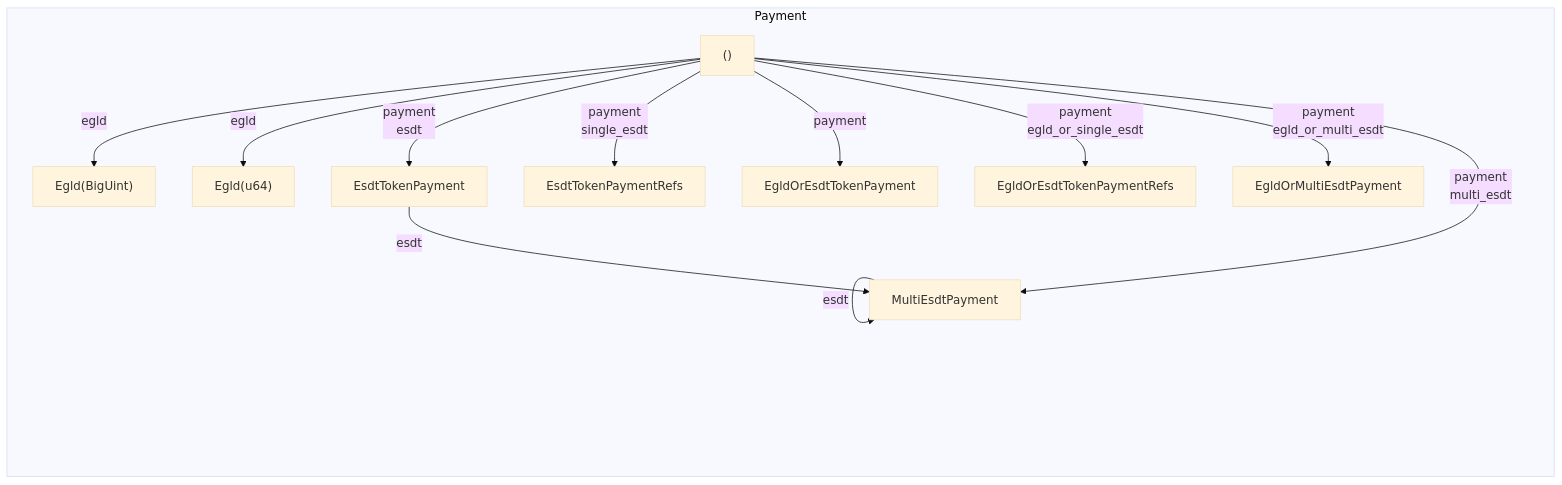
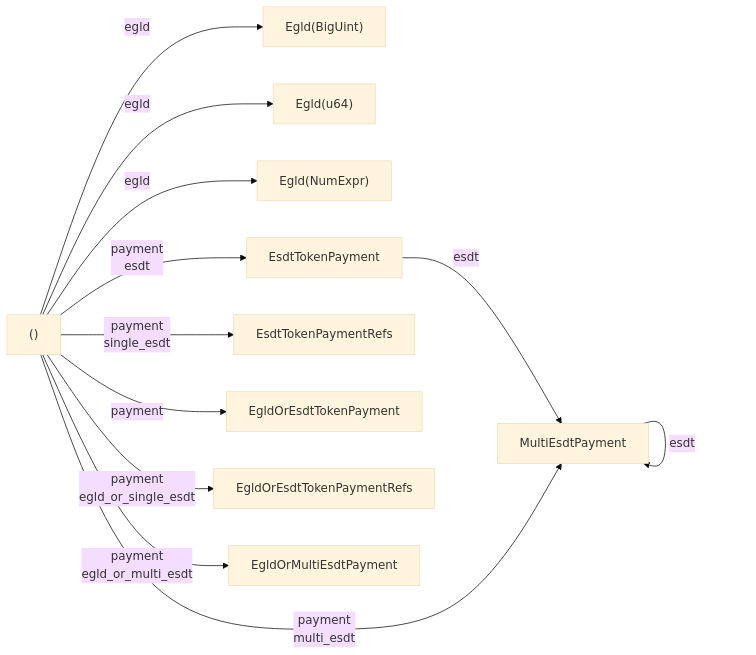
One commit to multiversx/mx-docs changed the diagram in docs/developers/transactions/tx-payment.md. Above: the diagram before and after it, drawn with Mermaid (base theme). The commit also changed other lines of this file, not shown here.

Commit message:
unified syntax - egld payments improvements

````diff
--- a/docs/developers/transactions/tx-payment.md
+++ b/docs/developers/transactions/tx-payment.md
@@ -18,16 +18,15 @@
 ```mermaid
 graph LR
-    subgraph Payment
-        payment-unit["()"]
-        payment-unit -->|egld| egld-biguint["Egld(BigUint)"]
-        payment-unit -->|egld| egld-u64["Egld(u64)"]
-        payment-unit -->|"payment<br />esdt"| EsdtTokenPayment
-        payment-unit -->|"payment<br />single_esdt"| EsdtTokenPaymentRefs
-        EsdtTokenPayment -->|esdt| MultiEsdtPayment
-        MultiEsdtPayment -->|esdt| MultiEsdtPayment
-        payment-unit -->|"payment<br >multi_esdt"| MultiEsdtPayment
-        payment-unit -->|"payment"| EgldOrEsdtTokenPayment
-        payment-unit -->|"payment<br />egld_or_single_esdt"| EgldOrEsdtTokenPaymentRefs
-        payment-unit -->|"payment<br />egld_or_multi_esdt"| EgldOrMultiEsdtPayment
-    end
+    payment-unit["()"]
+    payment-unit -->|egld| egld-biguint["Egld(BigUint)"]
+    payment-unit -->|egld| egld-u64["Egld(u64)"]
+    payment-unit -->|egld| egld-num["Egld(NumExpr)"]
+    payment-unit -->|"payment<br />esdt"| EsdtTokenPayment
+    payment-unit -->|"payment<br />single_esdt"| EsdtTokenPaymentRefs
+    EsdtTokenPayment -->|esdt| MultiEsdtPayment
+    MultiEsdtPayment -->|esdt| MultiEsdtPayment
+    payment-unit -->|"payment<br >multi_esdt"| MultiEsdtPayment
+    payment-unit -->|"payment"| EgldOrEsdtTokenPayment
+    payment-unit -->|"payment<br />egld_or_single_esdt"| EgldOrEsdtTokenPaymentRefs
+    payment-unit -->|"payment<br />egld_or_multi_esdt"| EgldOrMultiEsdtPayment
 ```
````
